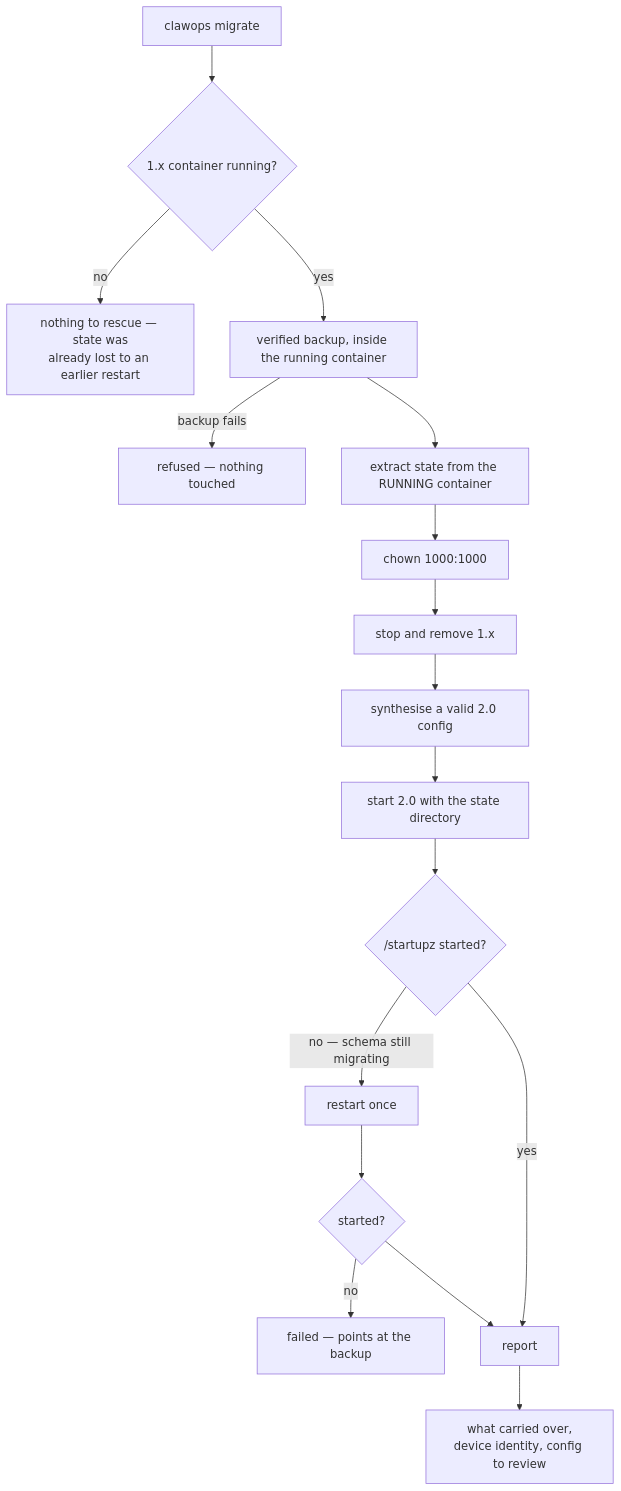
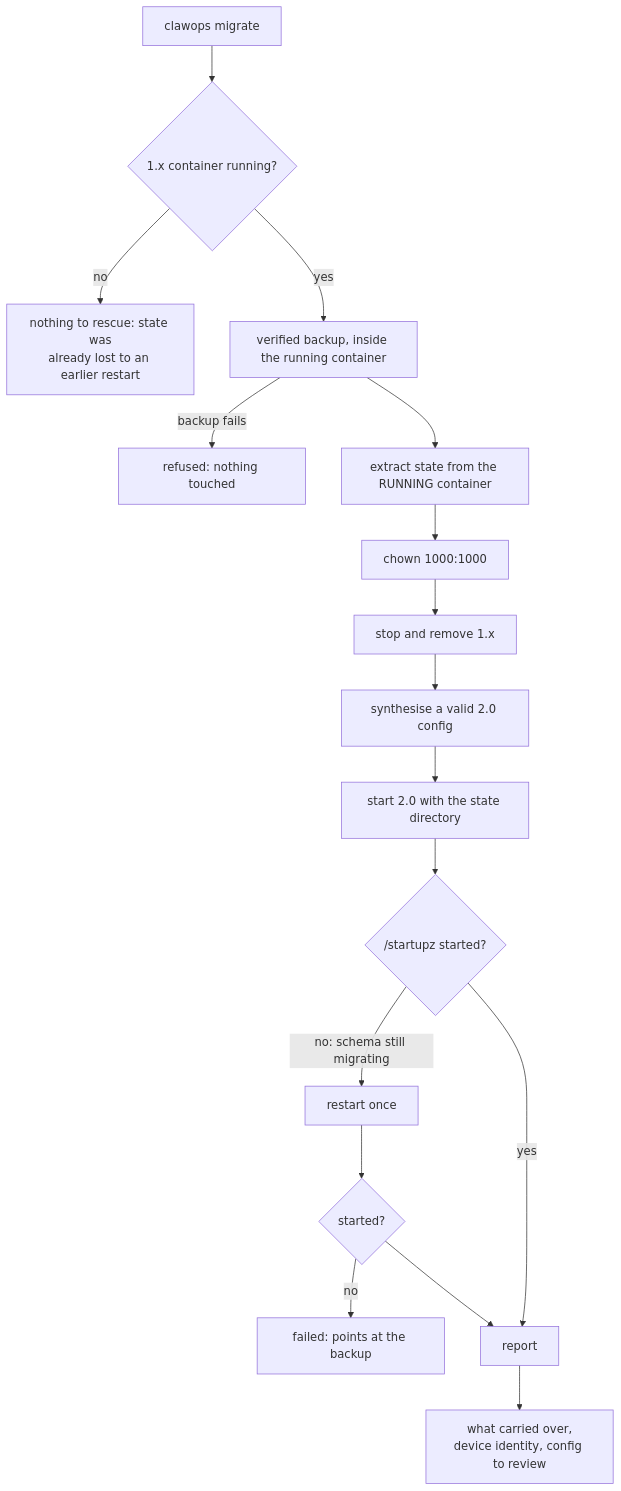
One commit to dfridkin/clawops changed the fourth of 11 diagrams in README.md. Above: the diagram before and after it, drawn with Mermaid. The commit also changed other lines of this file and 83 other files, not shown here.

````diff
--- a/README.md
+++ b/README.md
@@ -189,19 +189,19 @@
 ```mermaid
 flowchart TD
     A["clawops migrate"] --> B{"1.x container running?"}
-    B -- no --> B1["nothing to rescue — state was<br/>already lost to an earlier restart"]
+    B -- no --> B1["nothing to rescue: state was<br/>already lost to an earlier restart"]
     B -- yes --> C["verified backup, inside the running container"]
-    C -- "backup fails" --> C1["refused — nothing touched"]
+    C -- "backup fails" --> C1["refused: nothing touched"]
     C --> D["extract state from the RUNNING container"]
     D --> E["chown 1000:1000"]
     E --> F["stop and remove 1.x"]
     F --> G["synthesise a valid 2.0 config"]
     G --> H["start 2.0 with the state directory"]
     H --> I{"/startupz started?"}
-    I -- "no — schema still migrating" --> J["restart once"]
+    I -- "no: schema still migrating" --> J["restart once"]
     J --> K{"started?"}
-    K -- no --> K1["failed — points at the backup"]
+    K -- no --> K1["failed: points at the backup"]
     K --> L["report"]
     I -- yes --> L
     L --> M["what carried over,<br/>device identity, config to review"]
 ```
````
